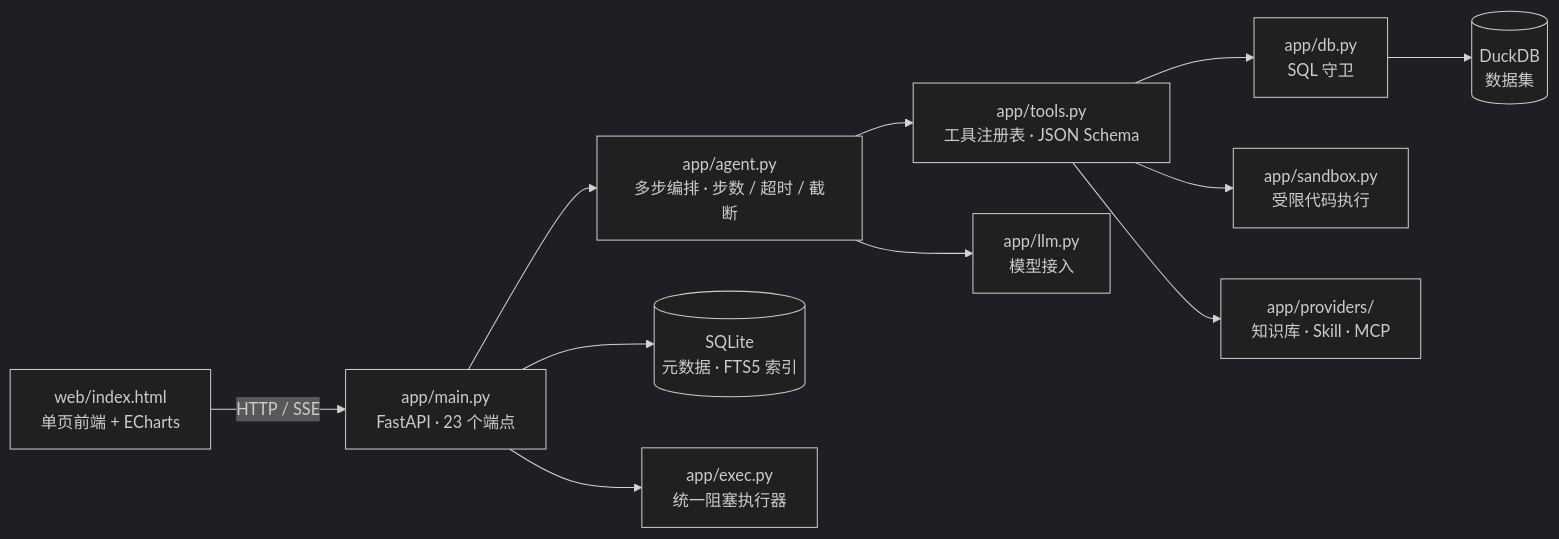
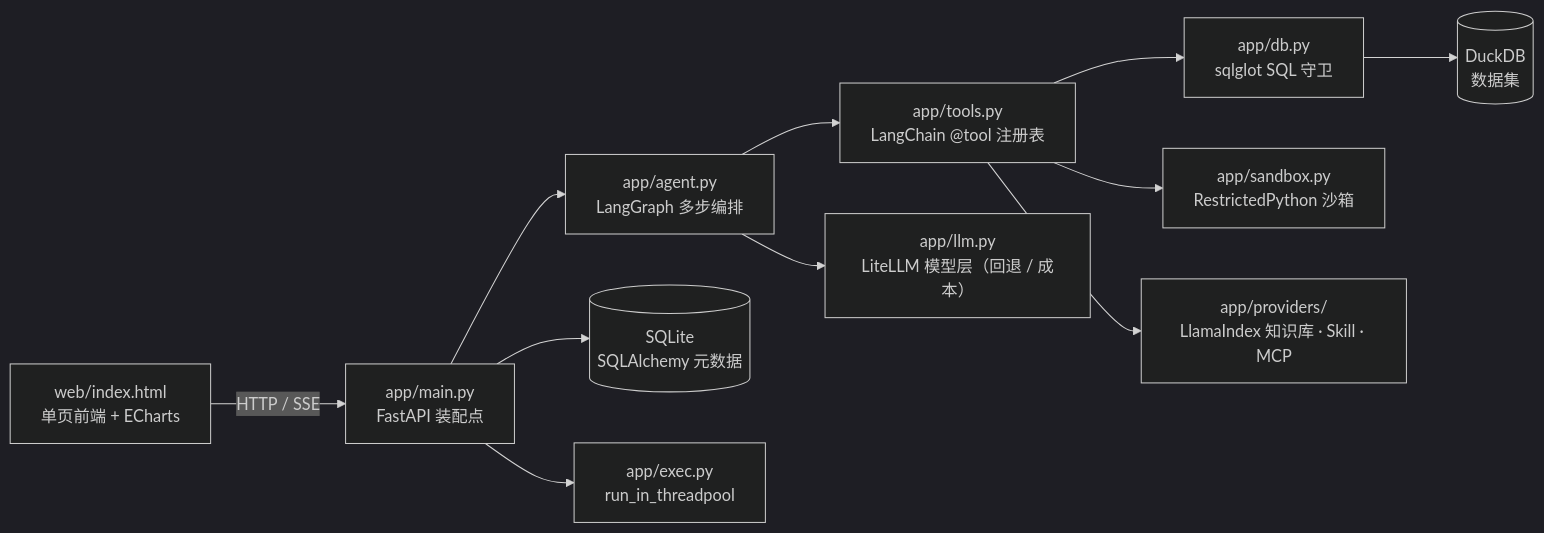
One commit to Lsilence7807/Knowledge-Analysis-Assistant changed the diagram in README.md. Above: the diagram before and after it, drawn with Mermaid (dark theme). The commit also changed other lines of this file and 7 other files, not shown here.

````diff
--- a/README.md
+++ b/README.md
@@ -86,13 +86,13 @@
 ```mermaid
 flowchart LR
-  UI["web/index.html<br/>单页前端 + ECharts"] -->|HTTP / SSE| API["app/main.py<br/>FastAPI · 23 个端点"]
-  API --> AG["app/agent.py<br/>多步编排 · 步数 / 超时 / 截断"]
-  AG --> TL["app/tools.py<br/>工具注册表 · JSON Schema"]
-  AG --> LLM["app/llm.py<br/>模型接入"]
-  TL --> DB["app/db.py<br/>SQL 守卫"]
-  TL --> SB["app/sandbox.py<br/>受限代码执行"]
-  TL --> PV["app/providers/<br/>知识库 · Skill · MCP"]
+  UI["web/index.html<br/>单页前端 + ECharts"] -->|HTTP / SSE| API["app/main.py<br/>FastAPI 装配点"]
+  API --> AG["app/agent.py<br/>LangGraph 多步编排"]
+  AG --> TL["app/tools.py<br/>LangChain @tool 注册表"]
+  AG --> LLM["app/llm.py<br/>LiteLLM 模型层（回退 / 成本）"]
+  TL --> DB["app/db.py<br/>sqlglot SQL 守卫"]
+  TL --> SB["app/sandbox.py<br/>RestrictedPython 沙箱"]
+  TL --> PV["app/providers/<br/>LlamaIndex 知识库 · Skill · MCP"]
   DB --> DK[("DuckDB<br/>数据集")]
-  API --> ST[("SQLite<br/>元数据 · FTS5 索引")]
-  API --> EX["app/exec.py<br/>统一阻塞执行器"]
+  API --> ST[("SQLite<br/>SQLAlchemy 元数据")]
+  API --> EX["app/exec.py<br/>run_in_threadpool"]
 ```
````
